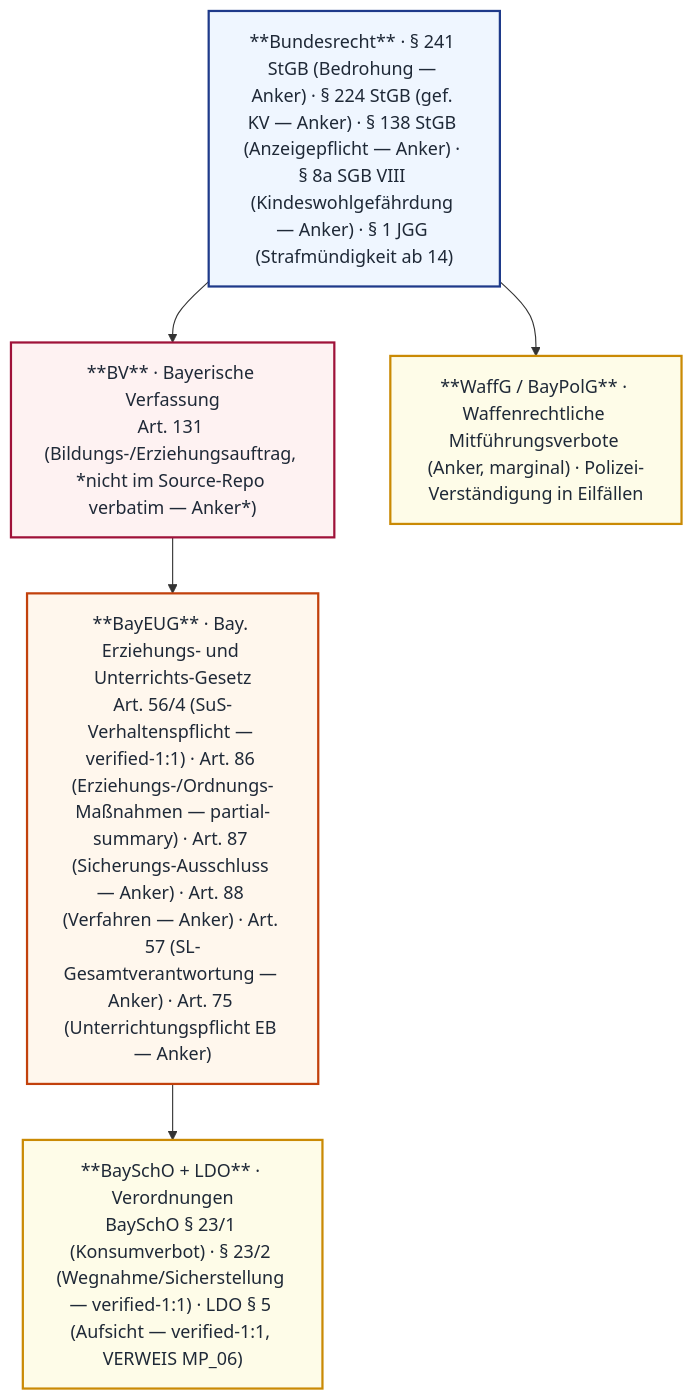
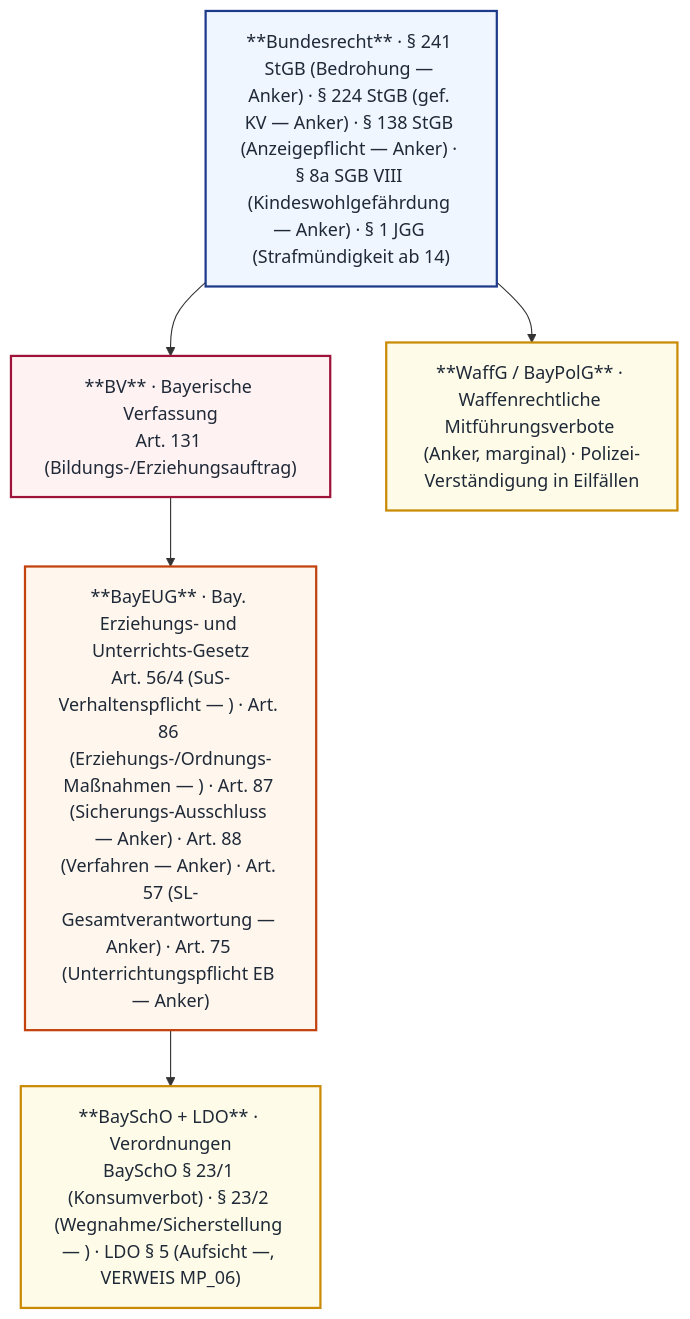
The first of 2 diagrams in _mkdocs/docs/mp01/index.md (snflsknfkldnfs/weitergehts-online), drawn with Mermaid before and after one commit. The commit also changed other lines of this file and 27 other files, not shown here.

````diff
--- a/_mkdocs/docs/mp01/index.md
+++ b/_mkdocs/docs/mp01/index.md
@@ -13,18 +13,18 @@
 ```mermaid
 flowchart TB
-    BV["**BV** · Bayerische Verfassung<br/>Art. 131 (Bildungs-/Erziehungsauftrag, *nicht im Source-Repo verbatim — Anker*)"]:::bv
-    BAY["**BayEUG** · Bay. Erziehungs- und Unterrichts-Gesetz<br/>Art. 56/4 (SuS-Verhaltenspflicht — verified-1:1) · Art. 86 (Erziehungs-/Ordnungs-Maßnahmen — partial-summary) · Art. 87 (Sicherungs-Ausschluss — Anker) · Art. 88 (Verfahren — Anker) · Art. 57 (SL-Gesamtverantwortung — Anker) · Art. 75 (Unterrichtungspflicht EB — Anker)"]:::bay
-    VO["**BaySchO + LDO** · Verordnungen<br/>BaySchO § 23/1 (Konsumverbot) · § 23/2 (Wegnahme/Sicherstellung — verified-1:1) · LDO § 5 (Aufsicht — verified-1:1, VERWEIS MP_06)"]:::vo
-    BUND["**Bundesrecht** · § 241 StGB (Bedrohung — Anker) · § 224 StGB (gef. KV — Anker) · § 138 StGB (Anzeigepflicht — Anker) · § 8a SGB VIII (Kindeswohlgefährdung — Anker) · § 1 JGG (Strafmündigkeit ab 14)"]:::bund
-    NEBEN["**WaffG / BayPolG** · Waffenrechtliche Mitführungsverbote (Anker, marginal) · Polizei-Verständigung in Eilfällen"]:::vo
+ BV["**BV** · Bayerische Verfassung<br/>Art. 131 (Bildungs-/Erziehungsauftrag)"]:::bv
+ BAY["**BayEUG** · Bay. Erziehungs- und Unterrichts-Gesetz<br/>Art. 56/4 (SuS-Verhaltenspflicht — ) · Art. 86 (Erziehungs-/Ordnungs-Maßnahmen — ) · Art. 87 (Sicherungs-Ausschluss — Anker) · Art. 88 (Verfahren — Anker) · Art. 57 (SL-Gesamtverantwortung — Anker) · Art. 75 (Unterrichtungspflicht EB — Anker)"]:::bay
+ VO["**BaySchO + LDO** · Verordnungen<br/>BaySchO § 23/1 (Konsumverbot) · § 23/2 (Wegnahme/Sicherstellung — ) · LDO § 5 (Aufsicht —, VERWEIS MP_06)"]:::vo
+ BUND["**Bundesrecht** · § 241 StGB (Bedrohung — Anker) · § 224 StGB (gef. KV — Anker) · § 138 StGB (Anzeigepflicht — Anker) · § 8a SGB VIII (Kindeswohlgefährdung — Anker) · § 1 JGG (Strafmündigkeit ab 14)"]:::bund
+ NEBEN["**WaffG / BayPolG** · Waffenrechtliche Mitführungsverbote (Anker, marginal) · Polizei-Verständigung in Eilfällen"]:::vo
 
-    BUND --> BV
-    BV --> BAY
-    BAY --> VO
-    BUND --> NEBEN
+ BUND --> BV
+ BV --> BAY
+ BAY --> VO
+ BUND --> NEBEN
 
-    classDef bv fill:#fef2f2,stroke:#9f1239,stroke-width:2px,color:#1f2937
-    classDef bay fill:#fff7ed,stroke:#c2410c,stroke-width:2px,color:#1f2937
-    classDef vo fill:#fefce8,stroke:#ca8a04,stroke-width:2px,color:#1f2937
-    classDef bund fill:#eff6ff,stroke:#1e3a8a,stroke-width:2px,color:#1f2937
+ classDef bv fill:#fef2f2,stroke:#9f1239,stroke-width:2px,color:#1f2937
+ classDef bay fill:#fff7ed,stroke:#c2410c,stroke-width:2px,color:#1f2937
+ classDef vo fill:#fefce8,stroke:#ca8a04,stroke-width:2px,color:#1f2937
+ classDef bund fill:#eff6ff,stroke:#1e3a8a,stroke-width:2px,color:#1f2937
 ```
````
